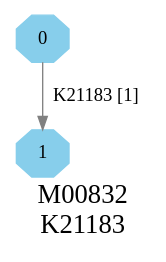
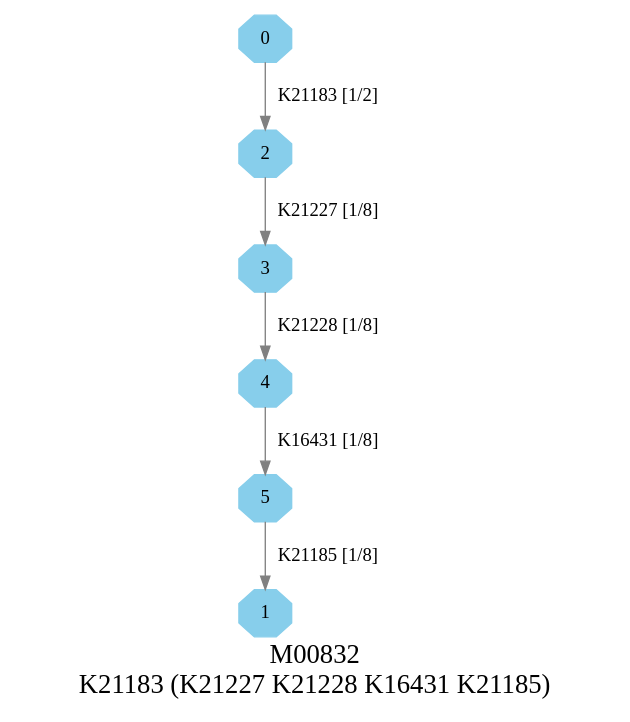
One commit to EBI-Metagenomics/kegg-pathways-completeness-tool changed the diagram in kegg_pathways_completeness/graphs/dots/M00832.dot. Above: the diagram before and after it, drawn with Graphviz. The commit also changed 587 other files, not shown here.

```diff
--- a/kegg_pathways_completeness/graphs/dots/M00832.dot
+++ b/kegg_pathways_completeness/graphs/dots/M00832.dot
@@ -1,8 +1,12 @@
 digraph G {
 graph [label="M00832
-K21183",fontsize=20];
+K21183 (K21227 K21228 K16431 K21185)",fontsize=20];
 node [shape=box,style=filled];
 edge [len=3,color=grey];
-{node [width=.3,height=.3,shape=octagon,style=filled,color=skyblue] 0 1 }
-0 -> 1 [label="K21183 [1]"];
+{node [width=.3,height=.3,shape=octagon,style=filled,color=skyblue] 0 1 2 3 4 5 }
+0 -> 2 [label="K21183 [1/2]"];
+2 -> 3 [label="K21227 [1/8]"];
+3 -> 4 [label="K21228 [1/8]"];
+4 -> 5 [label="K16431 [1/8]"];
+5 -> 1 [label="K21185 [1/8]"];
 }
```
